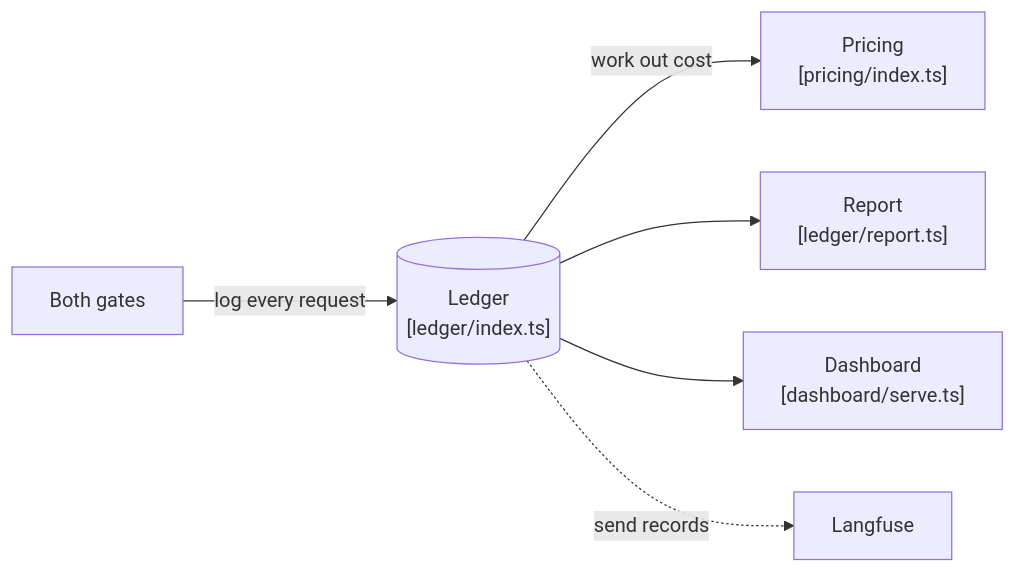
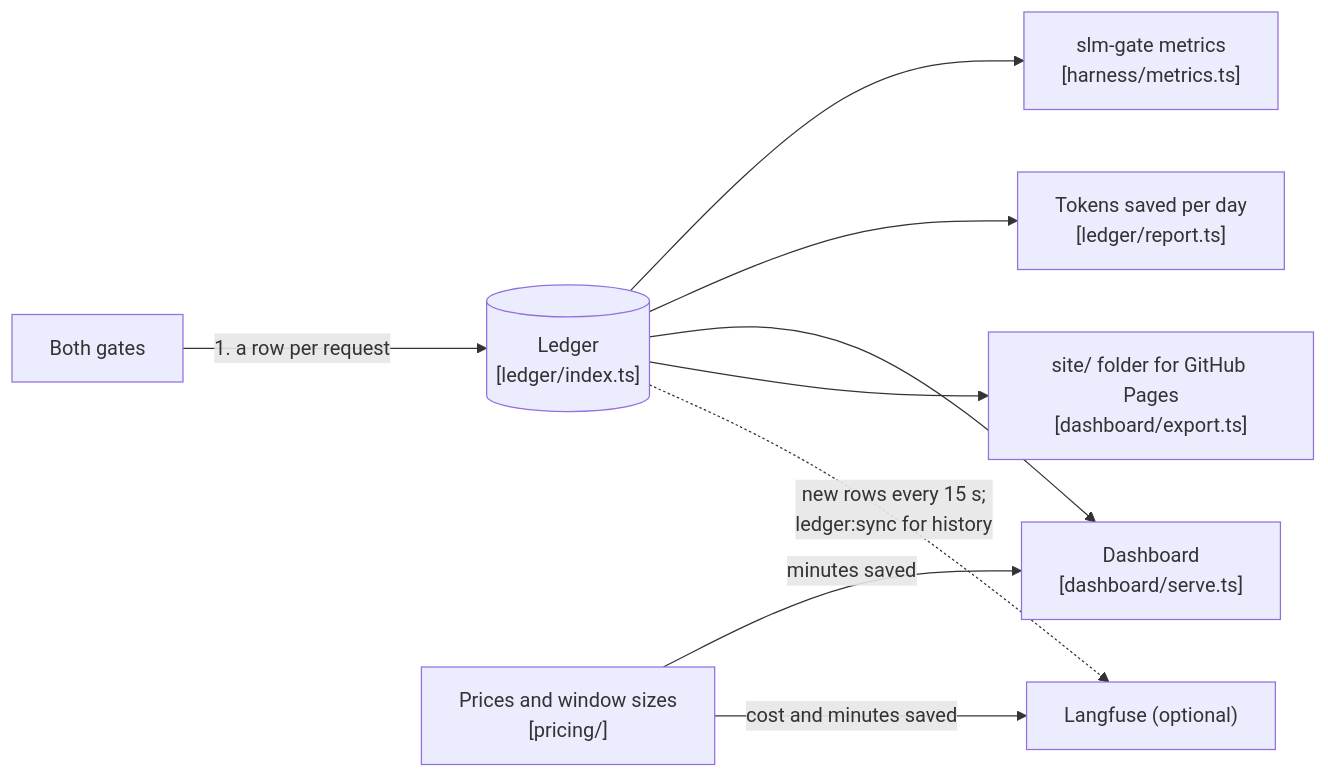
The fifth of 5 diagrams in README.md (zenithfoundry/slm-gate), drawn with Mermaid before and after one commit. The commit also changed other lines of this file, not shown here.

Commit message:
feat(docs): update README to clarify MCP and model gate functionalities

````diff
--- a/README.md
+++ b/README.md
@@ -203,15 +228,20 @@
 ```mermaid
 flowchart LR
   gates["Both gates"]
   ledger[("Ledger<br/>[ledger/index.ts]")]
-  pricing["Pricing<br/>[pricing/index.ts]"]
-  report["Report<br/>[ledger/report.ts]"]
+  pricing["Prices and window sizes<br/>[pricing/]"]
+  metrics["slm-gate metrics<br/>[harness/metrics.ts]"]
+  report["Tokens saved per day<br/>[ledger/report.ts]"]
   dash["Dashboard<br/>[dashboard/serve.ts]"]
-  langfuse["Langfuse"]
+  site["site/ folder for GitHub Pages<br/>[dashboard/export.ts]"]
+  langfuse["Langfuse (optional)"]
 
-  gates -->|"log every request"| ledger
-  ledger -->|"work out cost"| pricing
+  gates -->|"1. a row per request"| ledger
+  ledger --> metrics
   ledger --> report
   ledger --> dash
-  ledger -.->|"send records"| langfuse
+  ledger --> site
+  pricing -->|"minutes saved"| dash
+  pricing -->|"cost and minutes saved"| langfuse
+  ledger -.->|"new rows every 15 s;<br/>ledger:sync for history"| langfuse
 ```
````
